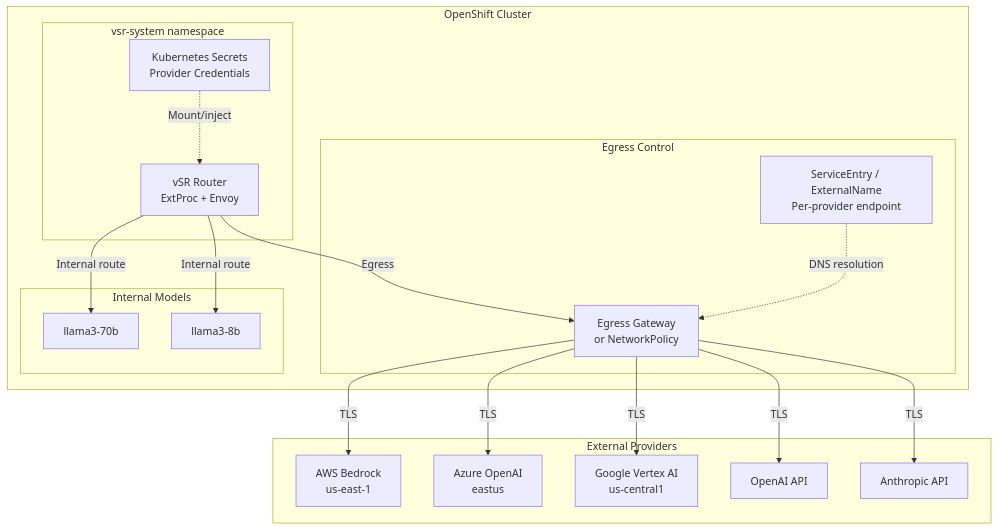
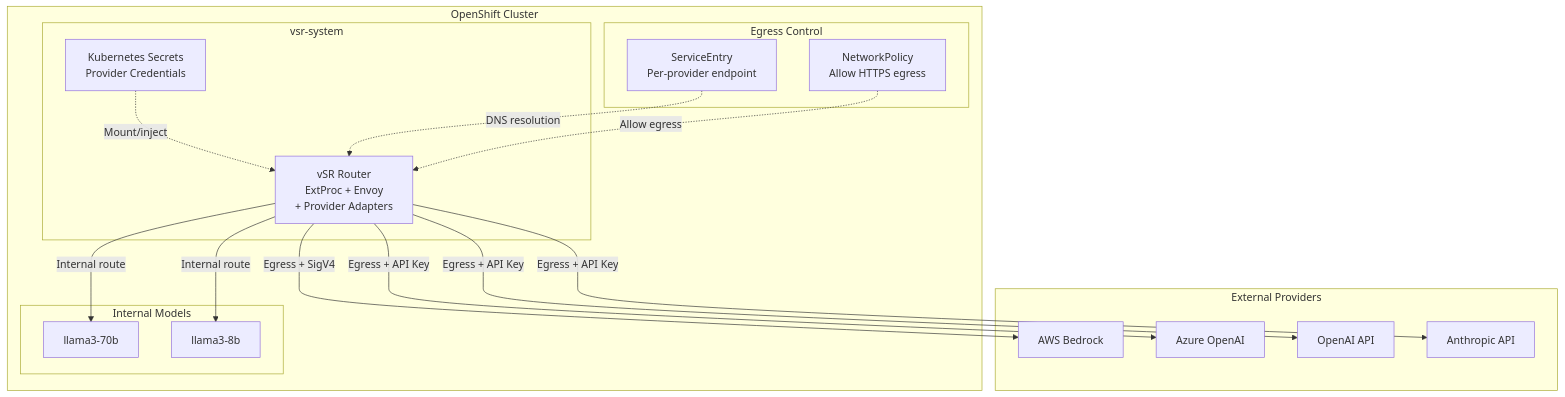
Before and after one commit to noyitz/maas-designs: the seventh of 10 diagrams in vsr-maas-integration/phase-1-design-v1.2.md, drawn with Mermaid. The commit also changed other lines of this file, not shown here.

````diff
--- a/vsr-maas-integration/phase-1-design-v1.2.md
+++ b/vsr-maas-integration/phase-1-design-v1.2.md
@@ -486,38 +577,36 @@
 ```mermaid
 graph TB
     subgraph "OpenShift Cluster"
-        subgraph "vsr-system namespace"
-            vSR[vSR Router<br/>ExtProc + Envoy]
+        subgraph "vsr-system"
+            vSR[vSR Router<br/>ExtProc + Envoy<br/>+ Provider Adapters]
             Secrets[Kubernetes Secrets<br/>Provider Credentials]
         end
 
         subgraph "Egress Control"
-            EgressGW[Egress Gateway<br/>or NetworkPolicy]
-            ServiceEntry[ServiceEntry / ExternalName<br/>Per-provider endpoint]
+            NP[NetworkPolicy<br/>Allow HTTPS egress]
+            SE[ServiceEntry<br/>Per-provider endpoint]
         end
 
         subgraph "Internal Models"
             KServe1[llama3-70b]
             KServe2[llama3-8b]
         end
     end
 
     subgraph "External Providers"
-        Bedrock[AWS Bedrock<br/>us-east-1]
-        AzureOAI[Azure OpenAI<br/>eastus]
-        VertexAI[Google Vertex AI<br/>us-central1]
+        Bedrock[AWS Bedrock]
+        AzureOAI[Azure OpenAI]
         OpenAI[OpenAI API]
         Anthropic[Anthropic API]
     end
 
     vSR -->|Internal route| KServe1
     vSR -->|Internal route| KServe2
-    vSR -->|Egress| EgressGW
     Secrets -.->|Mount/inject| vSR
-    ServiceEntry -.->|DNS resolution| EgressGW
-    EgressGW -->|TLS| Bedrock
-    EgressGW -->|TLS| AzureOAI
-    EgressGW -->|TLS| VertexAI
-    EgressGW -->|TLS| OpenAI
-    EgressGW -->|TLS| Anthropic
+    vSR -->|Egress + SigV4| Bedrock
+    vSR -->|Egress + API Key| AzureOAI
+    vSR -->|Egress + API Key| OpenAI
+    vSR -->|Egress + API Key| Anthropic
+    SE -.->|DNS resolution| vSR
+    NP -.->|Allow egress| vSR
 ```
````
